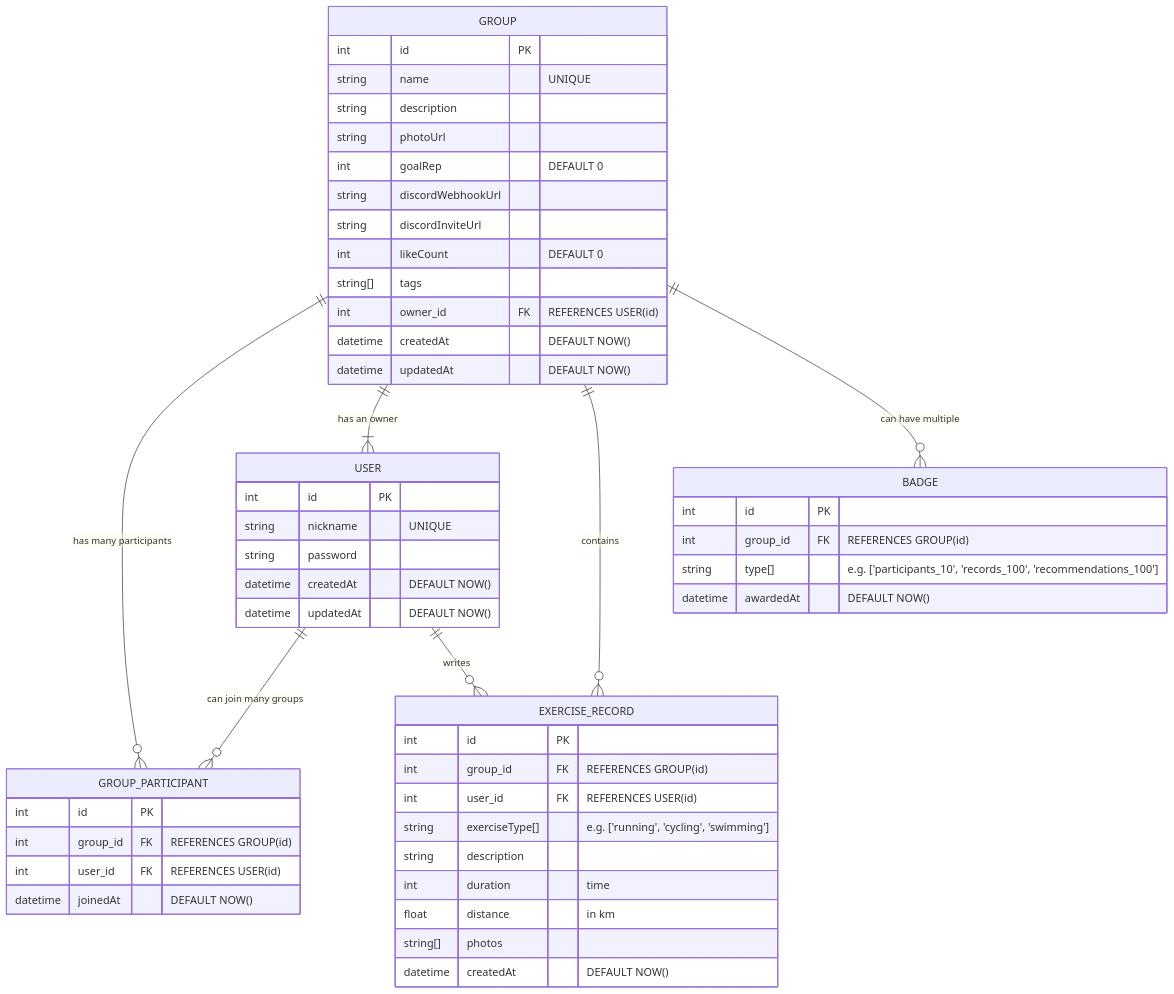
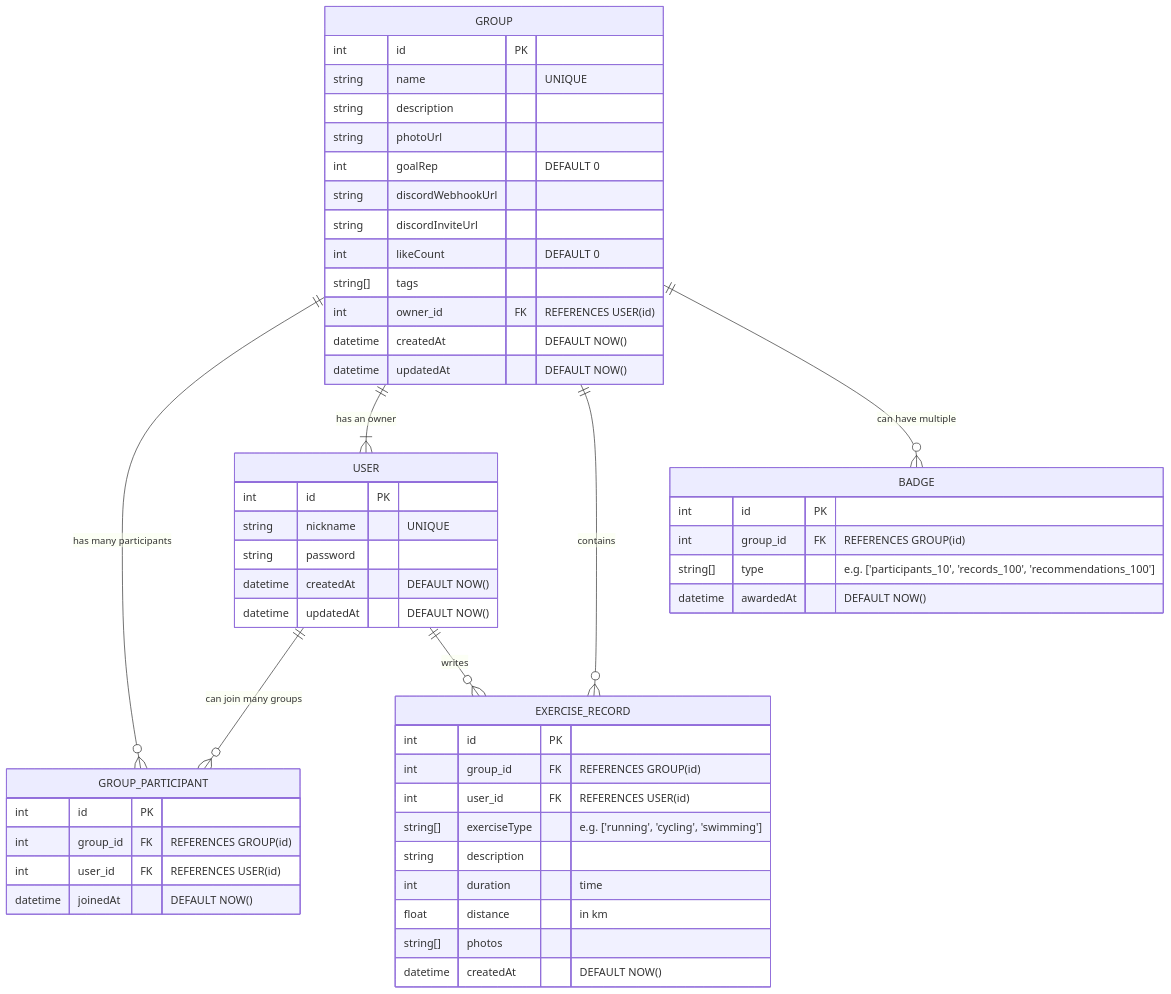
One commit to funfungun/mermaid changed the diagram in README.md. Above: the diagram before and after it, drawn with Mermaid.

````diff
--- a/README.md
+++ b/README.md
@@ -1,61 +1,61 @@
 ```mermaid
 erDiagram
     GROUP {
         int id PK
         string name "UNIQUE"
         string description
         string photoUrl
         int goalRep "DEFAULT 0"
         string discordWebhookUrl
         string discordInviteUrl
         int likeCount "DEFAULT 0"
         string[] tags
         int owner_id FK "REFERENCES USER(id)"
         datetime createdAt "DEFAULT NOW()"
         datetime updatedAt "DEFAULT NOW()"
     }
 
     USER {
         int id PK
         string nickname "UNIQUE"
         string password
         datetime createdAt "DEFAULT NOW()"
         datetime updatedAt "DEFAULT NOW()"
     }
 
     GROUP_PARTICIPANT {
         int id PK
         int group_id FK "REFERENCES GROUP(id)"
         int user_id FK "REFERENCES USER(id)"
         datetime joinedAt "DEFAULT NOW()"
         %% UNIQUE(group_id, user_id) 추가해야 함
     }
 
     GROUP ||--o{ GROUP_PARTICIPANT : "has many participants"
     USER ||--o{ GROUP_PARTICIPANT : "can join many groups"
     GROUP ||--|{ USER : "has an owner"
 
     EXERCISE_RECORD {
         int id PK
         int group_id FK "REFERENCES GROUP(id)"
         int user_id FK "REFERENCES USER(id)"
-        string exerciseType[] "e.g. ['running', 'cycling', 'swimming']"
+        string[] exerciseType "e.g. ['running', 'cycling', 'swimming']"
         string description
         int duration "time"
         float distance "in km"
         string[] photos
         datetime createdAt "DEFAULT NOW()"
     }
 
     GROUP ||--o{ EXERCISE_RECORD : "contains"
     USER ||--o{ EXERCISE_RECORD : "writes"
 
     BADGE {
         int id PK
         int group_id FK "REFERENCES GROUP(id)"
-        string type[] "e.g. ['participants_10', 'records_100', 'recommendations_100']"
+        string[] type "e.g. ['participants_10', 'records_100', 'recommendations_100']"
         datetime awardedAt "DEFAULT NOW()"
     }
 
     GROUP ||--o{ BADGE : "can have multiple"
 ```
````
